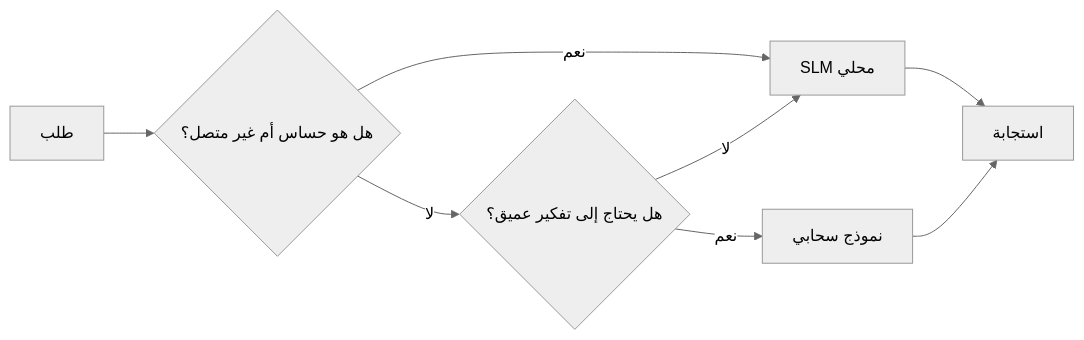
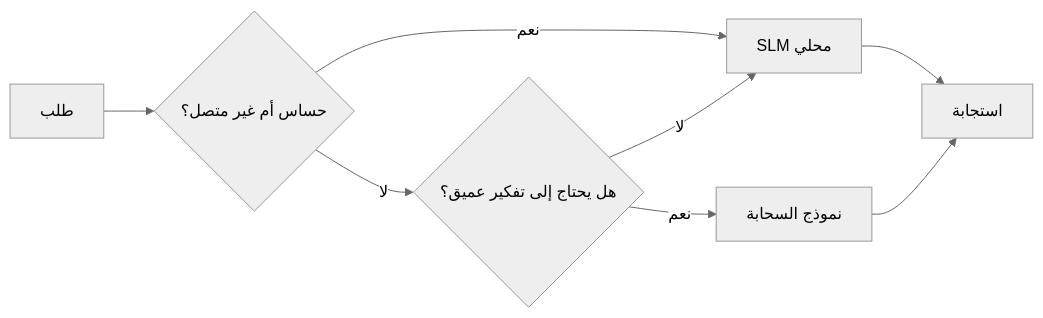
One commit to microsoft/ai-agents-for-beginners changed the fourth of 4 diagrams in translations/ar/17-creating-local-ai-agents/README.md. Above: the diagram before and after it, drawn with Mermaid (neutral theme). The commit also changed other lines of this file and 47 other files, not shown here.

````diff
--- a/translations/ar/17-creating-local-ai-agents/README.md
+++ b/translations/ar/17-creating-local-ai-agents/README.md
@@ -156,10 +156,10 @@
 ```mermaid
 flowchart LR
-    Q[طلب] --> S{هل هو حساس أم غير متصل؟}
+    Q[طلب] --> S{حساس أم غير متصل؟}
     S -->|نعم| L[SLM محلي]
     S -->|لا| C{هل يحتاج إلى تفكير عميق؟}
     C -->|لا| L
-    C -->|نعم| Cloud[نموذج سحابي]
+    C -->|نعم| Cloud[نموذج السحابة]
     L --> Out[استجابة]
     Cloud --> Out
 ```
````
